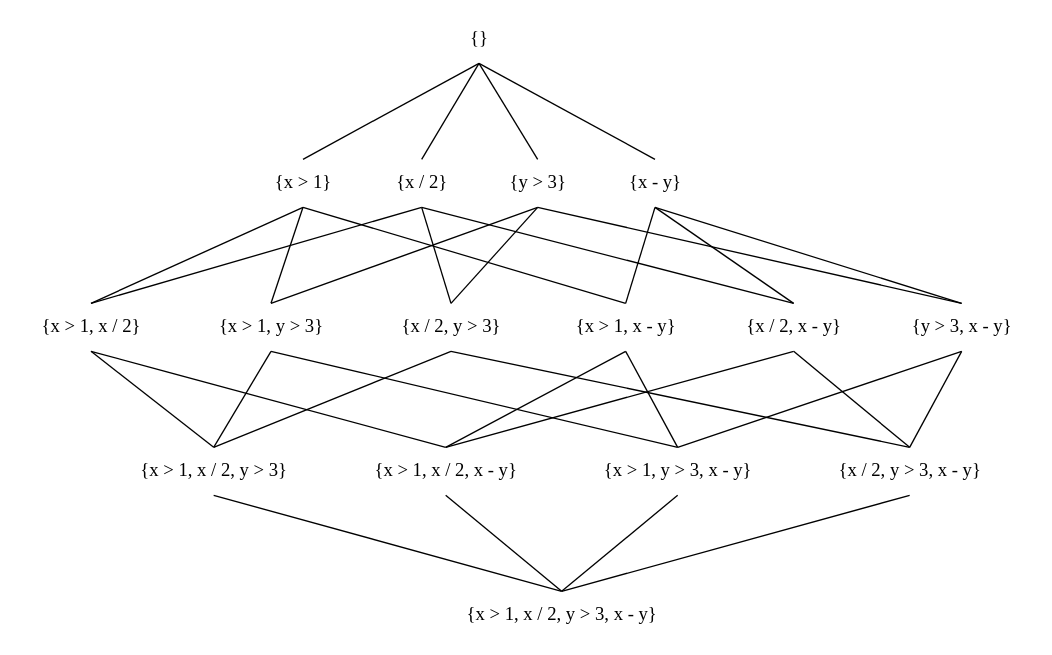
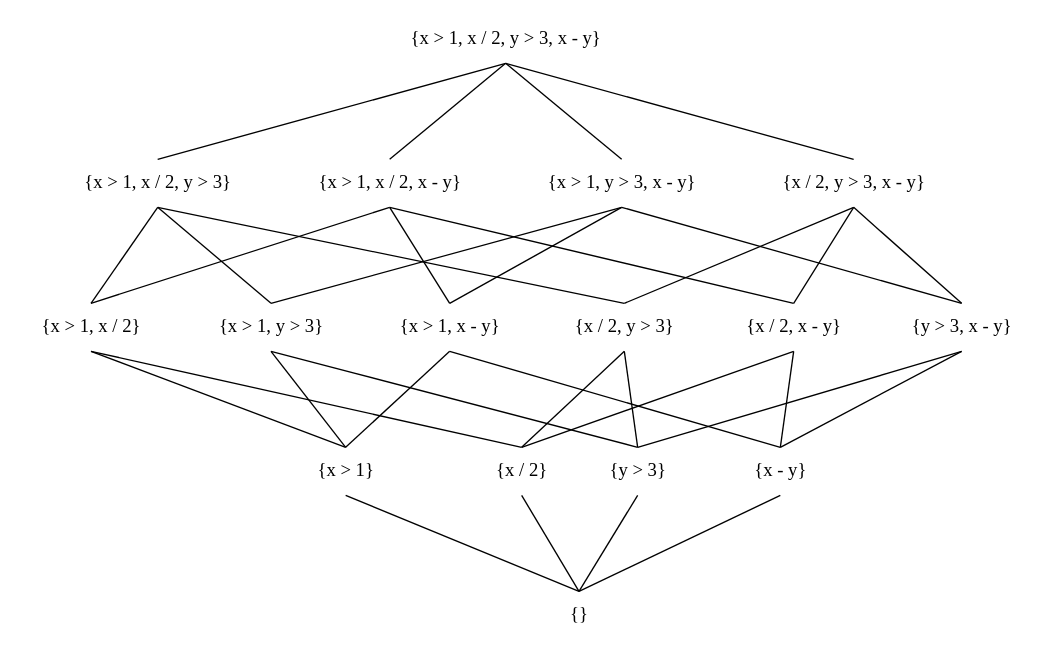
Before and after one commit to SW10IoT/report: the diagram in figures/dot_files/lattice_example.dot, drawn with Graphviz. The commit also changed 4 other files, not shown here.

```diff
--- a/figures/dot_files/lattice_example.dot
+++ b/figures/dot_files/lattice_example.dot
@@ -1,42 +1,45 @@
 graph name {
 	graph [ranksep=1, splines=line];
 	node [shape="none"];
 		
-	root [label="{}"];
+	e1e2e3e4 [label="{x > 1, x / 2, y > 3, x - y}"];
 
 	e1 [label="{x > 1}"];
 	e2 [label="{x / 2}"];
 	e3 [label="{y > 3}"];
 	e4 [label="{x - y}"];
 
 	e1e2 [label="{x > 1, x / 2}"];
 	e1e3 [label="{x > 1, y > 3}"];
 	e1e4 [label="{x > 1, x - y}"];
 	e2e3 [label="{x / 2, y > 3}"];
 	e2e4 [label="{x / 2, x - y}"];
 	e3e4 [label="{y > 3, x - y}"];
 
 	e1e2e3 [label="{x > 1, x / 2, y > 3}"];
 	e1e2e4 [label="{x > 1, x / 2, x - y}"];
 	e1e3e4 [label="{x > 1, y > 3, x - y}"];
 	e2e3e4 [label="{x / 2, y > 3, x - y}"];
 
-	e1e2e3e4 [label="{x > 1, x / 2, y > 3, x - y}"];
+	root [label="{}"];
 
 
-	root:s -- e1:n, e2:n, e3:n, e4:n;
-	e1:s -- e1e2:n, e1e3:n, e1e4:n;
-	e2:s -- e1e2:n, e2e3:n, e2e4:n;
-	e3:s -- e1e3:n, e2e3:n, e3e4:n;
-	e4:s -- e1e4:n, e2e4:n, e3e4:n;
-	e1e2:s -- e1e2e3:n, e1e2e4:n;
-	e1e3:s -- e1e2e3:n, e1e3e4:n;
-	e1e4:s -- e1e2e4:n, e1e3e4:n;
-	e2e3:s -- e1e2e3:n, e2e3e4:n;
-	e2e4:s -- e1e2e4:n, e2e3e4:n;
-	e3e4:s -- e1e3e4:n, e2e3e4:n;
-	e1e2e3:s -- e1e2e3e4:n;
-	e1e2e4:s -- e1e2e3e4:n;
-	e1e3e4:s -- e1e2e3e4:n;
-	e2e3e4:s -- e1e2e3e4:n;	
-	}
+	e1e2e3e4:s -- e1e2e3:n, e1e2e4:n, e1e3e4:n, e2e3e4:n;
+
+	e1e2e3:s -- e1e2:n, e1e3:n, e2e3:n;
+	e1e2e4:s -- e1e2:n, e1e4:n, e2e4:n;
+	e1e3e4:s -- e1e3:n, e1e4:n, e3e4:n;
+	e2e3e4:s -- e2e3:n, e2e4:n, e3e4:n;
+
+	e1e2:s -- e1:n, e2:n;
+	e1e3:s -- e1:n, e3:n;
+	e1e4:s -- e1:n, e4:n;
+	e2e3:s -- e2:n, e3:n;
+	e2e4:s -- e2:n, e4:n;
+	e3e4:s -- e3:n, e4:n;
+	
+	e1:s -- root:n;
+	e2:s -- root:n
+	e3:s -- root:n
+	e4:s -- root:n;
+}
```
